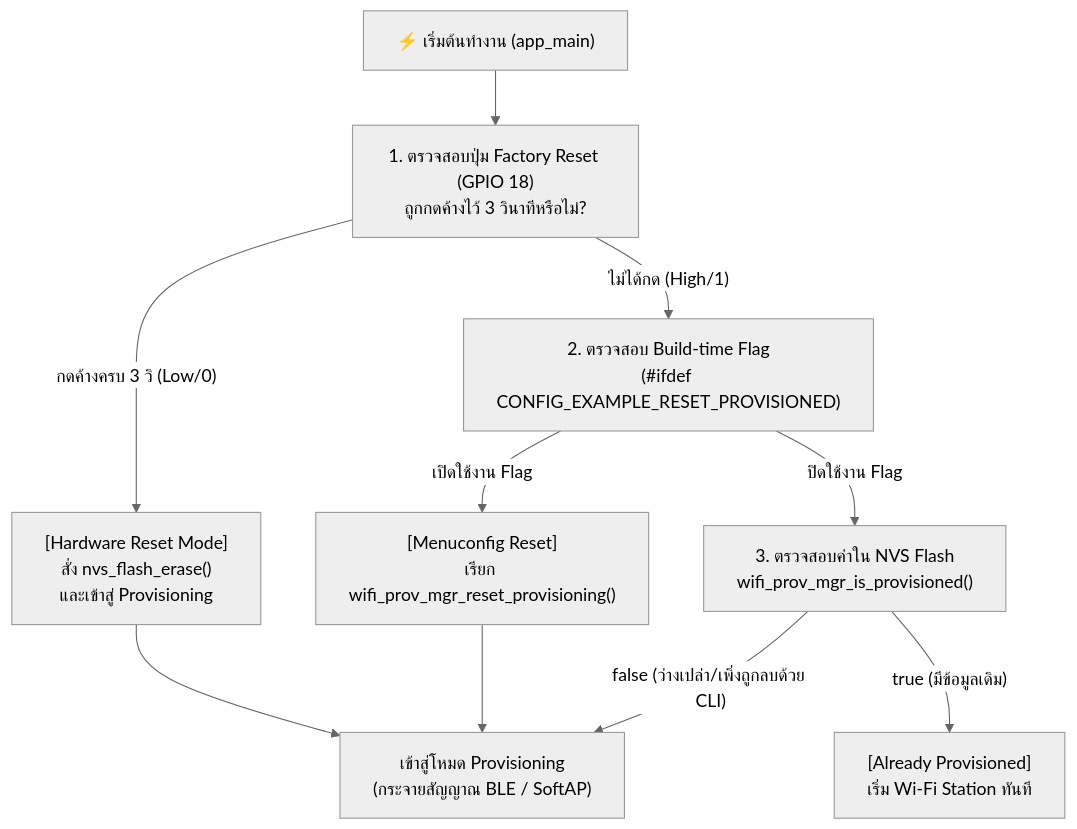
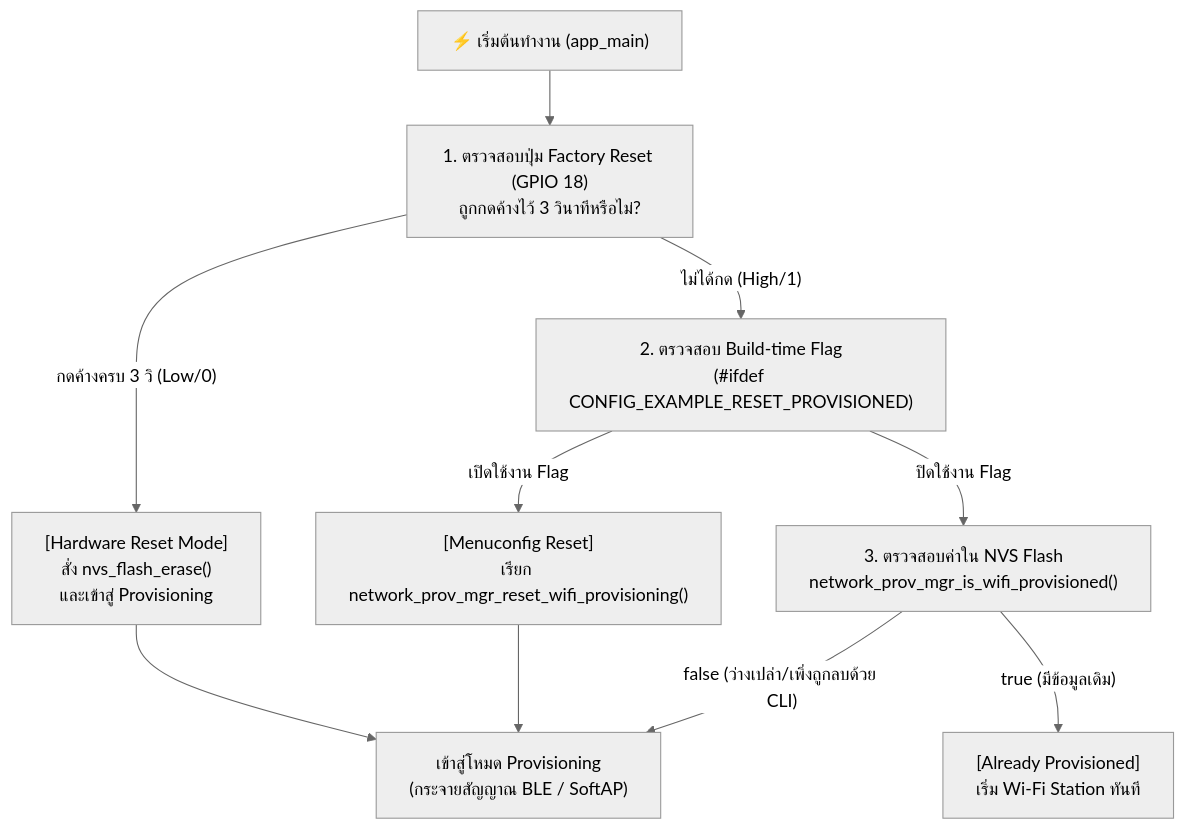
The diagram in 06-Labsheet-07-1-Reset-Mechanisms-and-NVS-Forensics.md (IoT-App-2569/Week-07-W-iFi-Privisioning), drawn with Mermaid (neutral theme) before and after one commit. The commit also changed other lines of this file and 44 other files, not shown here.

````diff
--- a/06-Labsheet-07-1-Reset-Mechanisms-and-NVS-Forensics.md
+++ b/06-Labsheet-07-1-Reset-Mechanisms-and-NVS-Forensics.md
@@ -41,17 +41,17 @@
 ```mermaid
 flowchart TD
     Start["⚡ เริ่มต้นทำงาน (app_main)"] --> Check_GPIO["1. ตรวจสอบปุ่ม Factory Reset (GPIO 18)<br/>ถูกกดค้างไว้ 3 วินาทีหรือไม่?"]
     
     Check_GPIO -- "กดค้างครบ 3 วิ (Low/0)" --> HW_Reset["[Hardware Reset Mode]<br/>สั่ง nvs_flash_erase()<br/>และเข้าสู่ Provisioning"]
     Check_GPIO -- "ไม่ได้กด (High/1)" --> Check_Config["2. ตรวจสอบ Build-time Flag<br/>(#ifdef CONFIG_EXAMPLE_RESET_PROVISIONED)"]
     
     HW_Reset --> Init_Prov["เข้าสู่โหมด Provisioning<br/>(กระจายสัญญาณ BLE / SoftAP)"]
     
-    Check_Config -- "เปิดใช้งาน Flag" --> Menu_Reset["[Menuconfig Reset]<br/>เรียก wifi_prov_mgr_reset_provisioning()"]
+    Check_Config -- "เปิดใช้งาน Flag" --> Menu_Reset["[Menuconfig Reset]<br/>เรียก network_prov_mgr_reset_wifi_provisioning()"]
     Menu_Reset --> Init_Prov
     
-    Check_Config -- "ปิดใช้งาน Flag" --> Check_NVS["3. ตรวจสอบค่าใน NVS Flash<br/>wifi_prov_mgr_is_provisioned()"]
+    Check_Config -- "ปิดใช้งาน Flag" --> Check_NVS["3. ตรวจสอบค่าใน NVS Flash<br/>network_prov_mgr_is_wifi_provisioned()"]
     
     Check_NVS -- "true (มีข้อมูลเดิม)" --> STA_Mode["[Already Provisioned]<br/>เริ่ม Wi-Fi Station ทันที"]
     Check_NVS -- "false (ว่างเปล่า/เพิ่งถูกลบด้วย CLI)" --> Init_Prov
 ```
````
